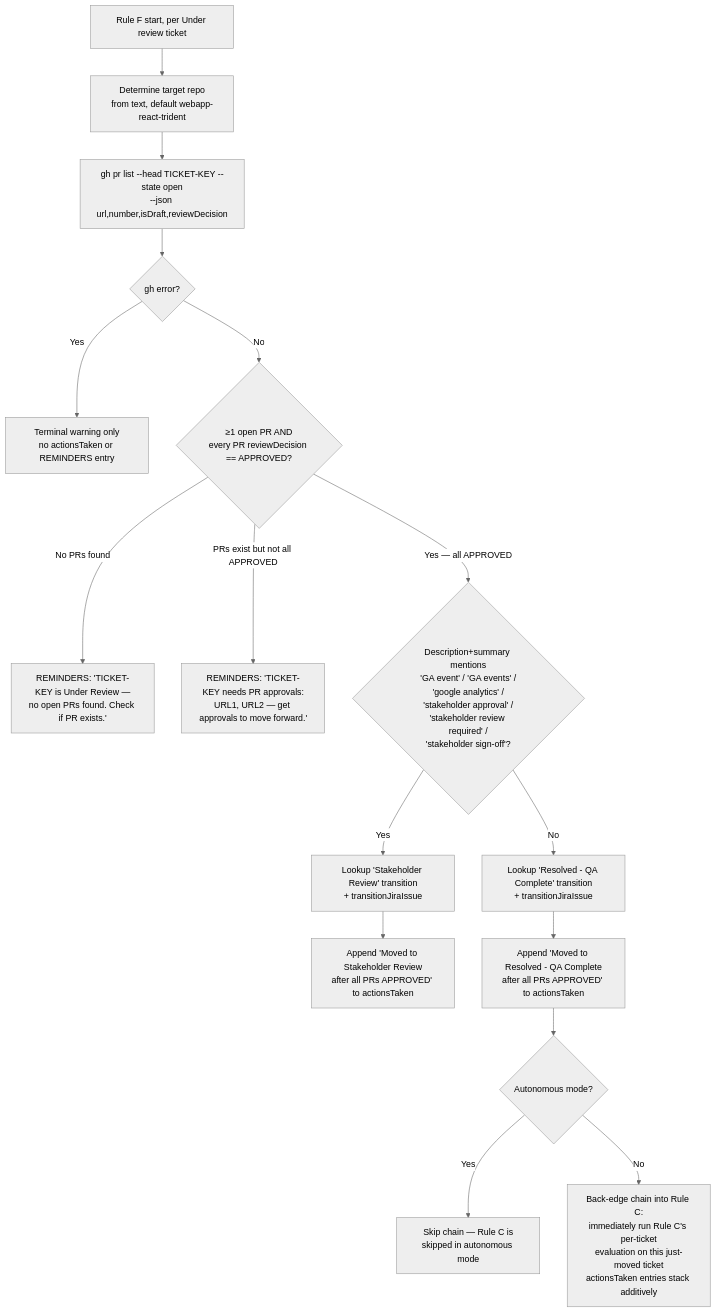
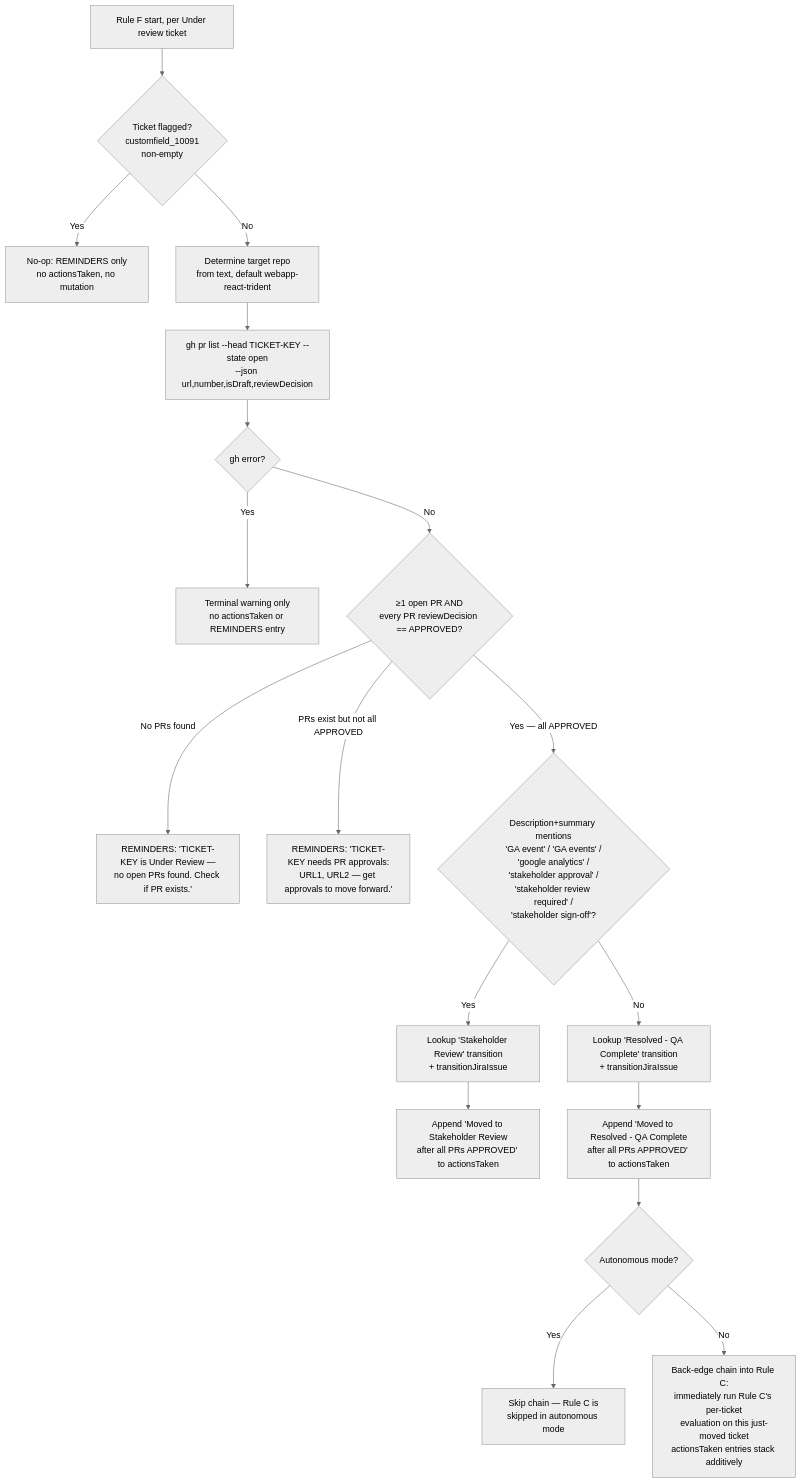
Before and after one commit to fabiano001/claude-config: the seventh of 7 diagrams in skills/jira-sprint-manager/SKILL.md, drawn with Mermaid (neutral theme). The commit also changed other lines of this file and 374 other files, not shown here.

````diff
--- a/skills/jira-sprint-manager/SKILL.md
+++ b/skills/jira-sprint-manager/SKILL.md
@@ -449,18 +479,20 @@
 ```mermaid
 flowchart TD
-    A[Rule F start, per Under review ticket] --> B[Determine target repo<br/>from text, default webapp-react-trident]
+    A[Rule F start, per Under review ticket] --> FLAG{Ticket flagged?<br/>customfield_10091<br/>non-empty}
+    FLAG -->|Yes| FSKIP[No-op: REMINDERS only<br/>no actionsTaken, no mutation]
+    FLAG -->|No| B[Determine target repo<br/>from text, default webapp-react-trident]
     B --> C[gh pr list --head TICKET-KEY --state open<br/>--json url,number,isDraft,reviewDecision]
     C --> CE{gh error?}
     CE -->|Yes| ZC[Terminal warning only<br/>no actionsTaken or REMINDERS entry]
     CE -->|No| D{≥1 open PR AND<br/>every PR reviewDecision == APPROVED?}
     D -->|No PRs found| ZA[REMINDERS: 'TICKET-KEY is Under Review —<br/>no open PRs found. Check if PR exists.']
     D -->|PRs exist but not all APPROVED| ZB[REMINDERS: 'TICKET-KEY needs PR approvals:<br/>URL1, URL2 — get approvals to move forward.']
     D -->|Yes — all APPROVED| E{Description+summary mentions<br/>'GA event' / 'GA events' /<br/>'google analytics' /<br/>'stakeholder approval' /<br/>'stakeholder review required' /<br/>'stakeholder sign-off'?}
     E -->|Yes| F[Lookup 'Stakeholder Review' transition<br/>+ transitionJiraIssue]
     E -->|No| G[Lookup 'Resolved - QA Complete' transition<br/>+ transitionJiraIssue]
     F --> H[Append 'Moved to Stakeholder Review<br/>after all PRs APPROVED' to actionsTaken]
     G --> I[Append 'Moved to Resolved - QA Complete<br/>after all PRs APPROVED' to actionsTaken]
     I --> J{Autonomous mode?}
     J -->|Yes| K[Skip chain — Rule C is<br/>skipped in autonomous mode]
     J -->|No| L[Back-edge chain into Rule C:<br/>immediately run Rule C's per-ticket<br/>evaluation on this just-moved ticket<br/>actionsTaken entries stack additively]
 ```
````
